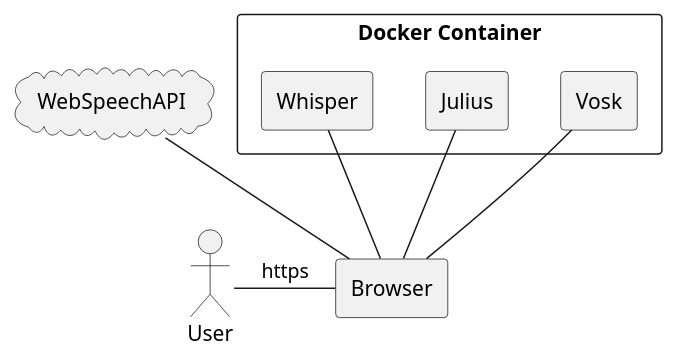
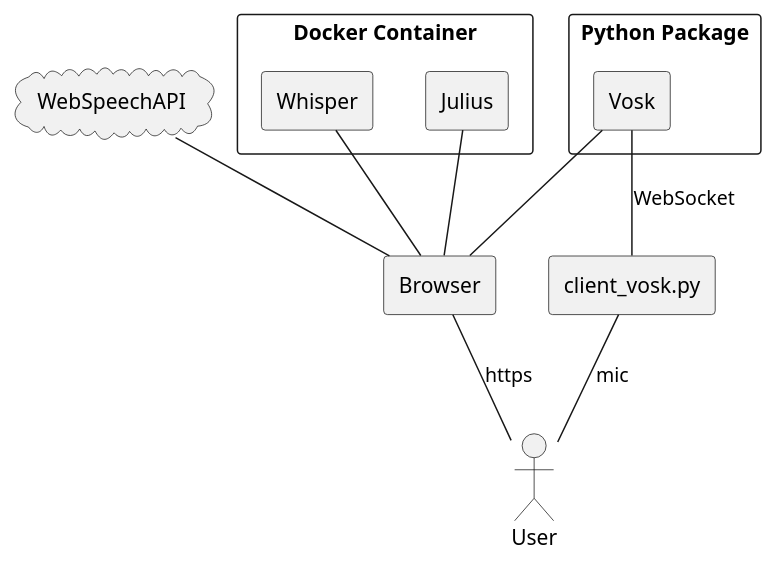
The diagram in docs/plantuml/System.puml (MaSiRoProjectOSS/VoiceRecording), drawn with PlantUML before and after one commit. The commit also changed 1 other file, not shown here.

```diff
--- a/docs/plantuml/System.puml
+++ b/docs/plantuml/System.puml
@@ -1,21 +1,28 @@
 @startuml システム構成
 
 actor User
 rectangle Browser
 
-rectangle system as "Docker Container" {
-    rectangle Vosk
+rectangle docker as "Docker Container" {
     rectangle Julius
     rectangle Whisper
+}
+rectangle pip as "Python Package" {
+    rectangle Vosk
 }
 
 cloud WebSpeechAPI
 
 
-User -right- Browser : https
+User -up- Browser : https
 Browser -up- Vosk
 Browser -up- Julius
 Browser -up- Whisper
 Browser -up- WebSpeechAPI
 
+rectangle client_vosk as "client_vosk.py"
+
+User -up- client_vosk : mic
+client_vosk -up- Vosk : WebSocket
+
 @enduml
```
